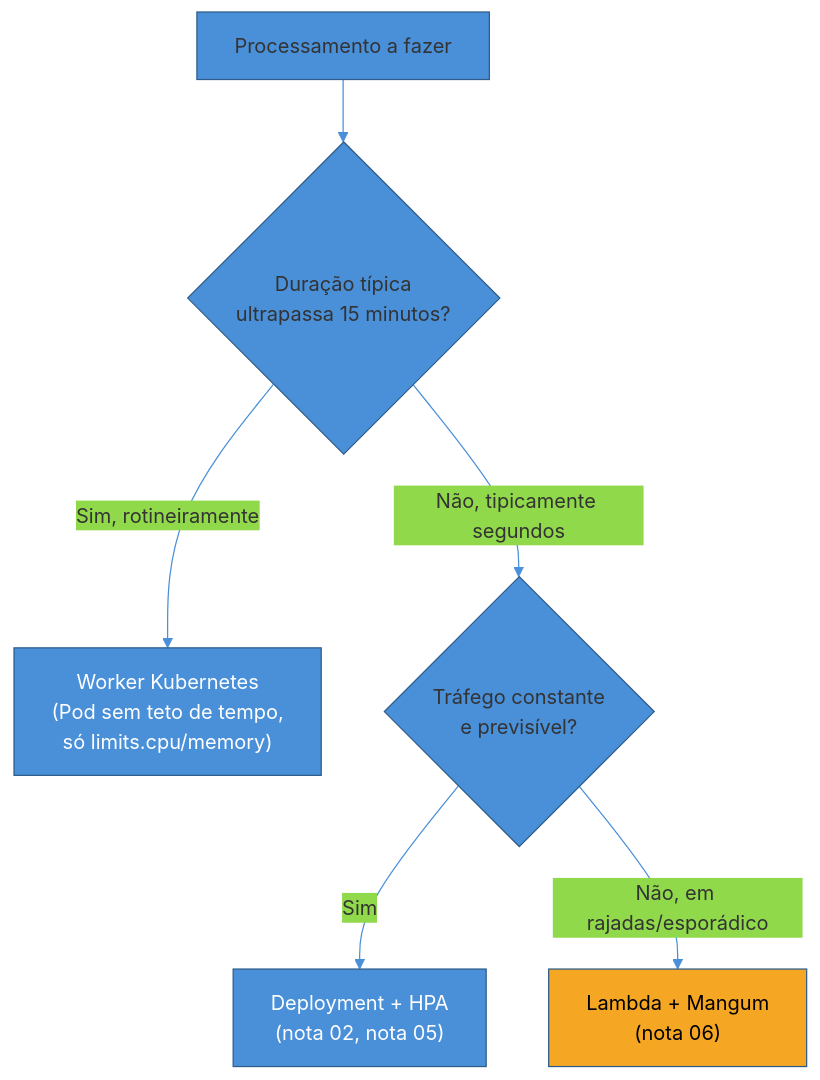
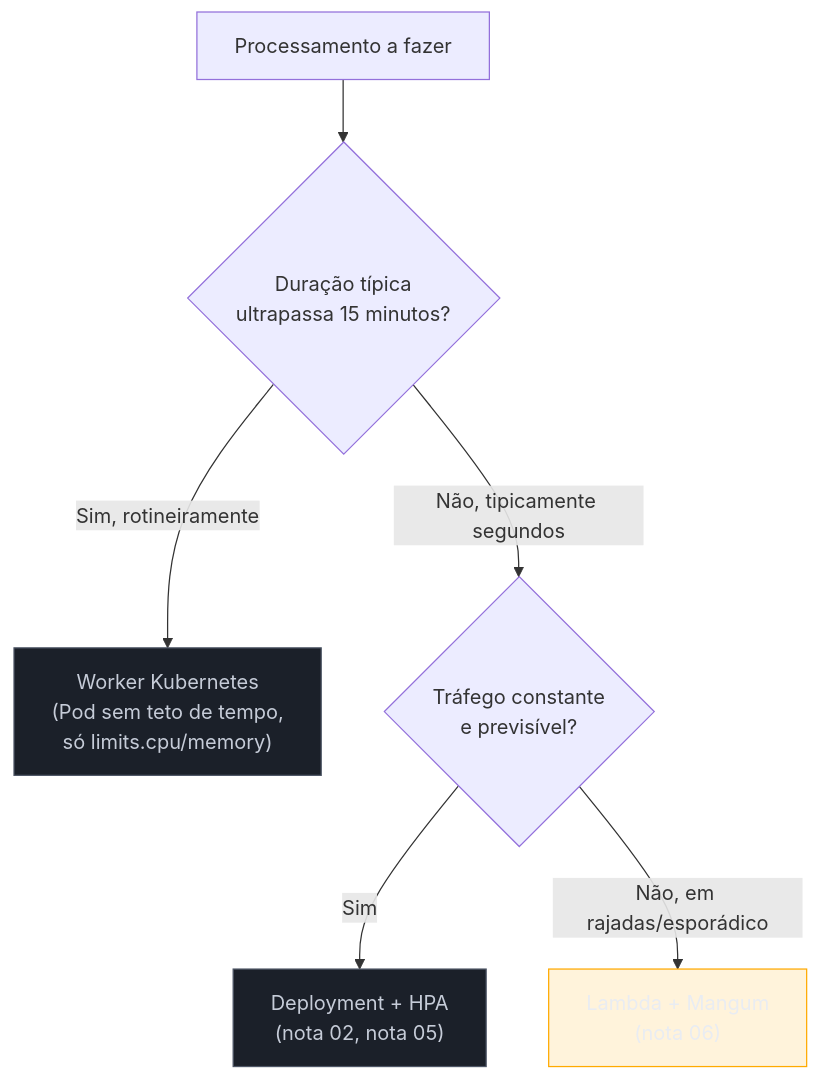
One commit to josenaldo/codex-technomanticus changed the second of 3 diagrams in 03-Dominios/Tecnologia/Python/Cloud-native e produção/07 - Containers vs serverless — trade-offs honestos.md. Above: the diagram before and after it, drawn with Mermaid. The commit also changed other lines of this file and 1181 other files, not shown here.

First line of the commit message:
fix(diagramas): paleta do sistema no lugar de cor cravada no markdown

````diff
--- a/03-Dominios/Tecnologia/Python/Cloud-native e produção/07 - Containers vs serverless — trade-offs honestos.md
+++ b/03-Dominios/Tecnologia/Python/Cloud-native e produção/07 - Containers vs serverless — trade-offs honestos.md
@@ -131,14 +132,15 @@
 ```mermaid
-%%{init: {"theme": "base", "themeVariables": {"primaryColor": "#4A90D9", "primaryBorderColor": "#2E5C8A", "lineColor": "#4A90D9"}}}%%
 flowchart TB
+    classDef neutro fill:#1B2029,stroke:#4E5666,color:#C6CCD8
+    classDef destaque fill:#FFAA0024,stroke:#FFAA00,color:#E9ECF2
     START["Processamento a fazer"]
     START --> Q{"Duração típica<br/>ultrapassa 15 minutos?"}
     Q -->|"Sim, rotineiramente"| K8SWORKER["Worker Kubernetes<br/>(Pod sem teto de tempo,<br/>só limits.cpu/memory)"]
     Q -->|"Não, tipicamente segundos"| Q2{"Tráfego constante<br/>e previsível?"}
     Q2 -->|"Sim"| K8SDEP["Deployment + HPA<br/>(nota 02, nota 05)"]
     Q2 -->|"Não, em rajadas/esporádico"| LAMBDA["Lambda + Mangum<br/>(nota 06)"]
 
-    style K8SWORKER fill:#4A90D9,color:#fff
-    style K8SDEP fill:#4A90D9,color:#fff
-    style LAMBDA fill:#F5A623,color:#000
+    class K8SWORKER neutro
+    class K8SDEP neutro
+    class LAMBDA destaque
 ```
````
